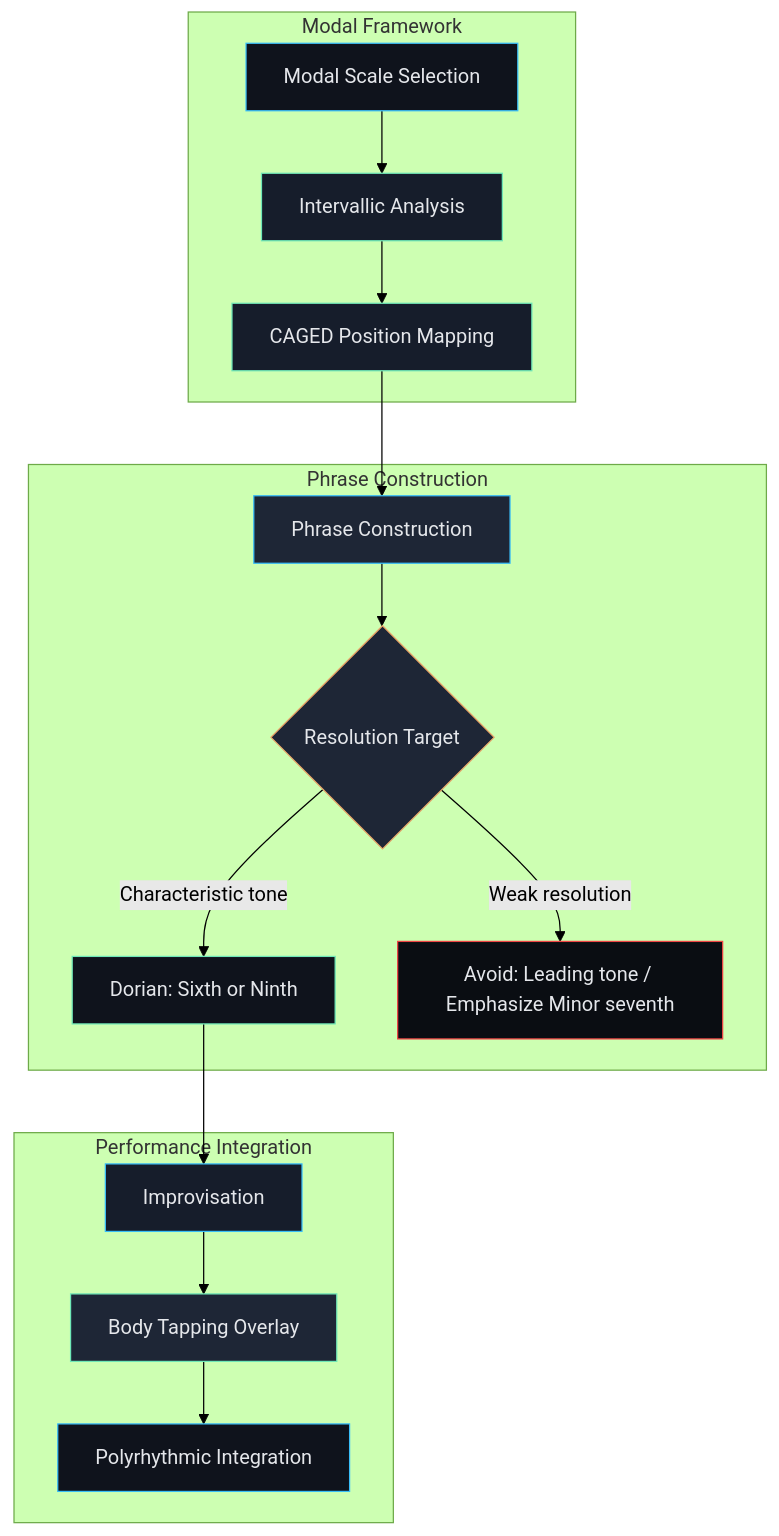
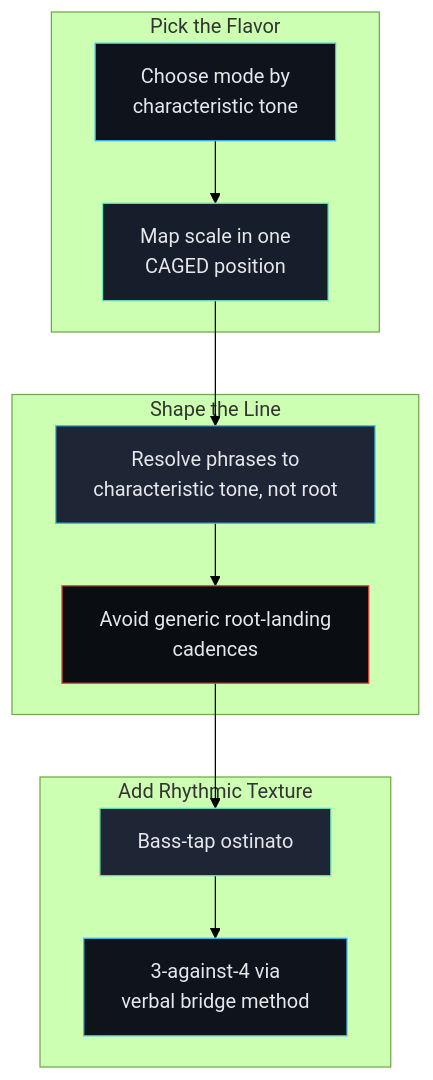
The second of 6 diagrams in topics/arts/music_performance/strings/labs.md (blebleblee/synapse), drawn with Mermaid (forest theme) before and after one commit. The commit also changed other lines of this file and 4 other files, not shown here.

````diff
--- a/topics/arts/music_performance/strings/labs.md
+++ b/topics/arts/music_performance/strings/labs.md
@@ -382,40 +337,26 @@
 ```mermaid
 graph TD
-    subgraph sub_modal ["Modal Framework"]
-        A["Modal Scale Selection"]
-        B["Intervallic Analysis"]
-        C["CAGED Position Mapping"]
+    subgraph sub_modal ["Pick the Flavor"]
+        A["Choose mode by<br/>characteristic tone"]
+        B["Map scale in one<br/>CAGED position"]
     end
-    subgraph sub_phrase ["Phrase Construction"]
-        D["Phrase Construction"]
-        E{"Resolution Target"}
-        F["Dorian: Sixth or Ninth"]
-        G["Avoid: Leading tone / Emphasize Minor seventh"]
+    subgraph sub_phrase ["Shape the Line"]
+        C["Resolve phrases to<br/>characteristic tone, not root"]
+        D["Avoid generic root-landing<br/>cadences"]
     end
-    subgraph sub_execution ["Performance Integration"]
-        H["Improvisation"]
-        I["Body Tapping Overlay"]
-        J["Polyrhythmic Integration"]
+    subgraph sub_rhythm ["Add Rhythmic Texture"]
+        E["Bass-tap ostinato"]
+        F["3-against-4 via<br/>verbal bridge method"]
     end
-    
-    A --> B
-    B --> C
+
+    A --> B --> C
     C --> D
-    D --> E
-    E -->|"Characteristic tone"| F
-    E -->|"Weak resolution"| G
-    F --> H
-    H --> I
-    I --> J
-    
+    D --> E --> F
+
     style A fill:#0F131C,stroke:#38BDF8,color:#E5E7EB
     style B fill:#161D2B,stroke:#6EE7B7,color:#E5E7EB
-    style C fill:#161D2B,stroke:#6EE7B7,color:#E5E7EB
-    style D fill:#1E2636,stroke:#38BDF8,color:#E5E7EB
-    style E fill:#1E2636,stroke:#E9A568,color:#E5E7EB
-    style F fill:#0F131C,stroke:#6EE7B7,color:#E5E7EB
-    style G fill:#0A0D12,stroke:#EF4444,color:#E5E7EB
-    style H fill:#161D2B,stroke:#38BDF8,color:#E5E7EB
-    style I fill:#1E2636,stroke:#6EE7B7,color:#E5E7EB
-    style J fill:#0F131C,stroke:#38BDF8,color:#E5E7EB
+    style C fill:#1E2636,stroke:#38BDF8,color:#E5E7EB
+    style D fill:#0A0D12,stroke:#EF4444,color:#E5E7EB
+    style E fill:#1E2636,stroke:#6EE7B7,color:#E5E7EB
+    style F fill:#0F131C,stroke:#38BDF8,color:#E5E7EB
 ```
````
